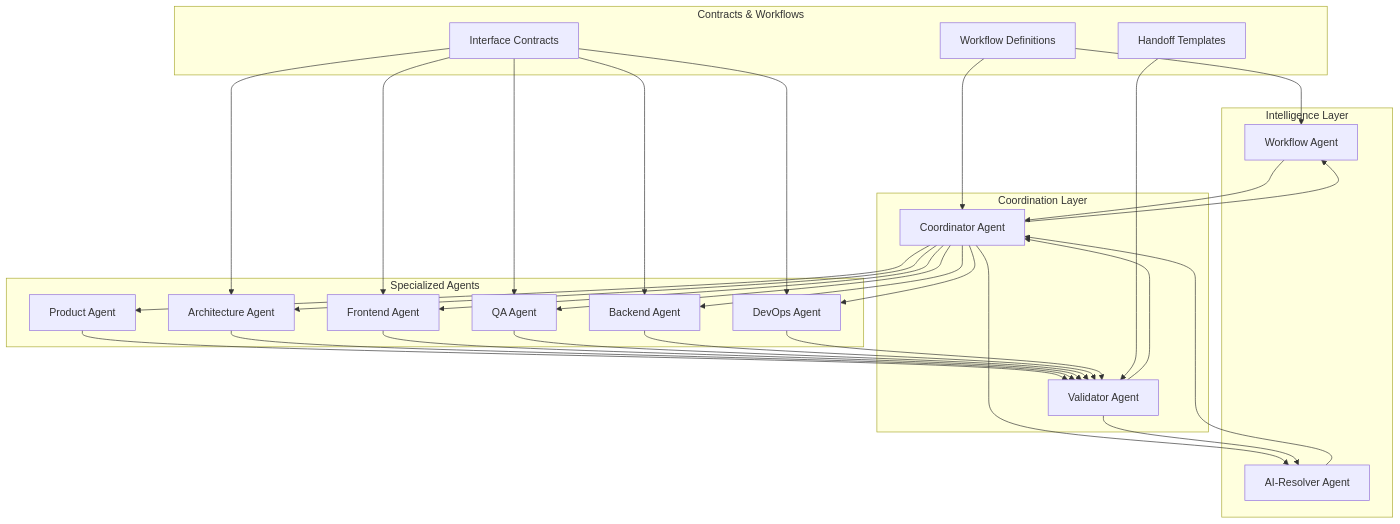
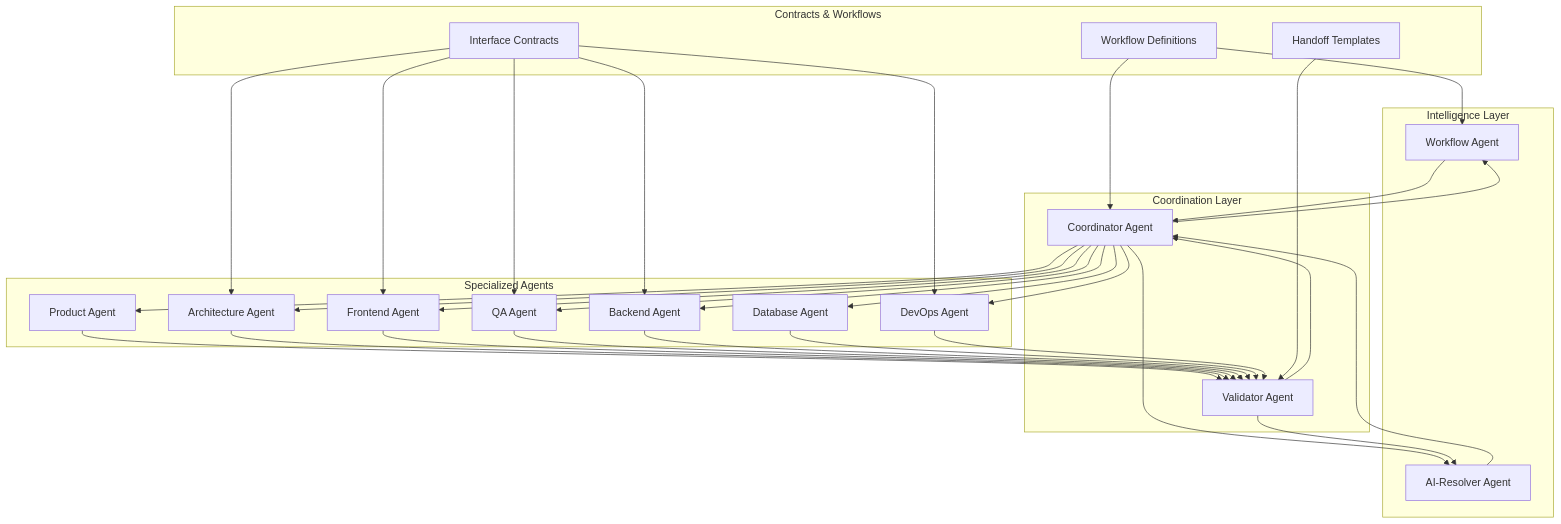
The diagram in Documentacion Agentes/README.md (kevinarauz/proyecto-react), drawn with Mermaid before and after one commit. The commit also changed other lines of this file and 3 other files, not shown here.

````diff
--- a/Documentacion Agentes/README.md
+++ b/Documentacion Agentes/README.md
@@ -20,59 +21,62 @@
 ```mermaid
 graph TB
     subgraph "Intelligence Layer"
         WORKFLOW[Workflow Agent]
         AIRESOLVER[AI-Resolver Agent]
     end
     
     subgraph "Coordination Layer"
         COORD[Coordinator Agent]
         VAL[Validator Agent]
     end
     
     subgraph "Specialized Agents"
         PRODUCT[Product Agent]
         ARQ[Architecture Agent]
         FRONT[Frontend Agent] 
         QA[QA Agent]
         BACKEND[Backend Agent]
+        DBA[Database Agent]
         DEVOPS[DevOps Agent]
     end
     
     subgraph "Contracts & Workflows"
         CONTRACTS[Interface Contracts]
         WORKFLOWS[Workflow Definitions]
         HANDOFFS[Handoff Templates]
     end
     
     WORKFLOW --> COORD
     AIRESOLVER --> COORD
     COORD --> WORKFLOW
     COORD --> AIRESOLVER
     
     COORD --> PRODUCT
     COORD --> ARQ
     COORD --> FRONT
     COORD --> QA
     COORD --> BACKEND
+    COORD --> DBA
     COORD --> DEVOPS
     
     PRODUCT --> VAL
     ARQ --> VAL
     FRONT --> VAL
     QA --> VAL
     BACKEND --> VAL
+    DBA --> VAL
     DEVOPS --> VAL
     
     VAL --> COORD
     VAL --> AIRESOLVER
     
     CONTRACTS --> ARQ
     CONTRACTS --> FRONT
     CONTRACTS --> QA
     CONTRACTS --> BACKEND
     CONTRACTS --> DEVOPS
     
     WORKFLOWS --> COORD
     WORKFLOWS --> WORKFLOW
     HANDOFFS --> VAL
 ```
````
